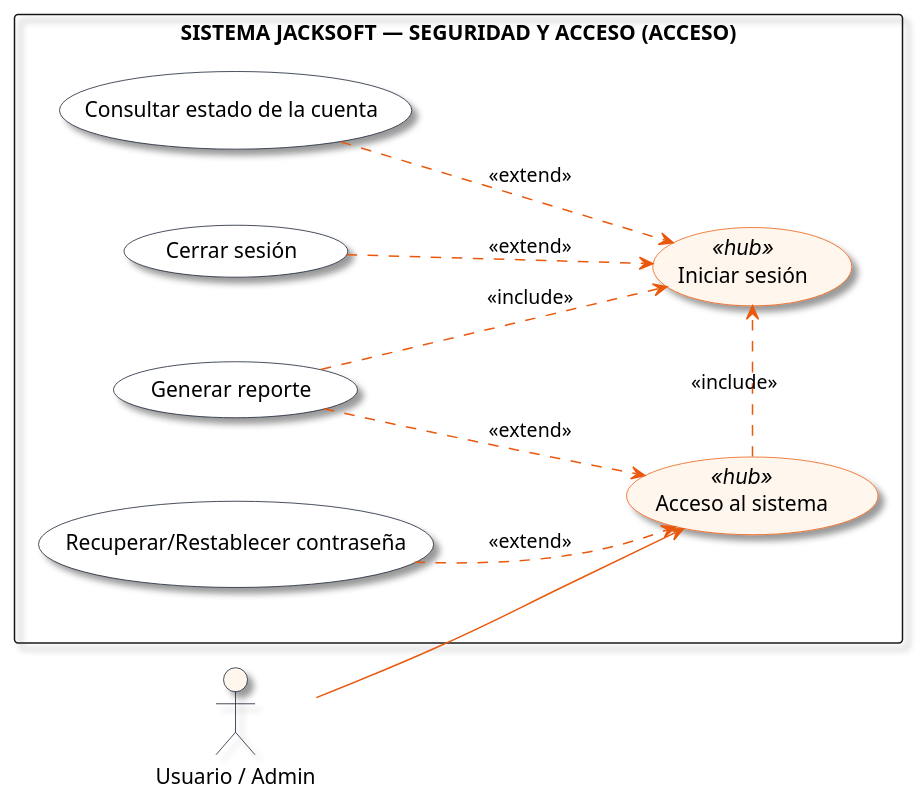
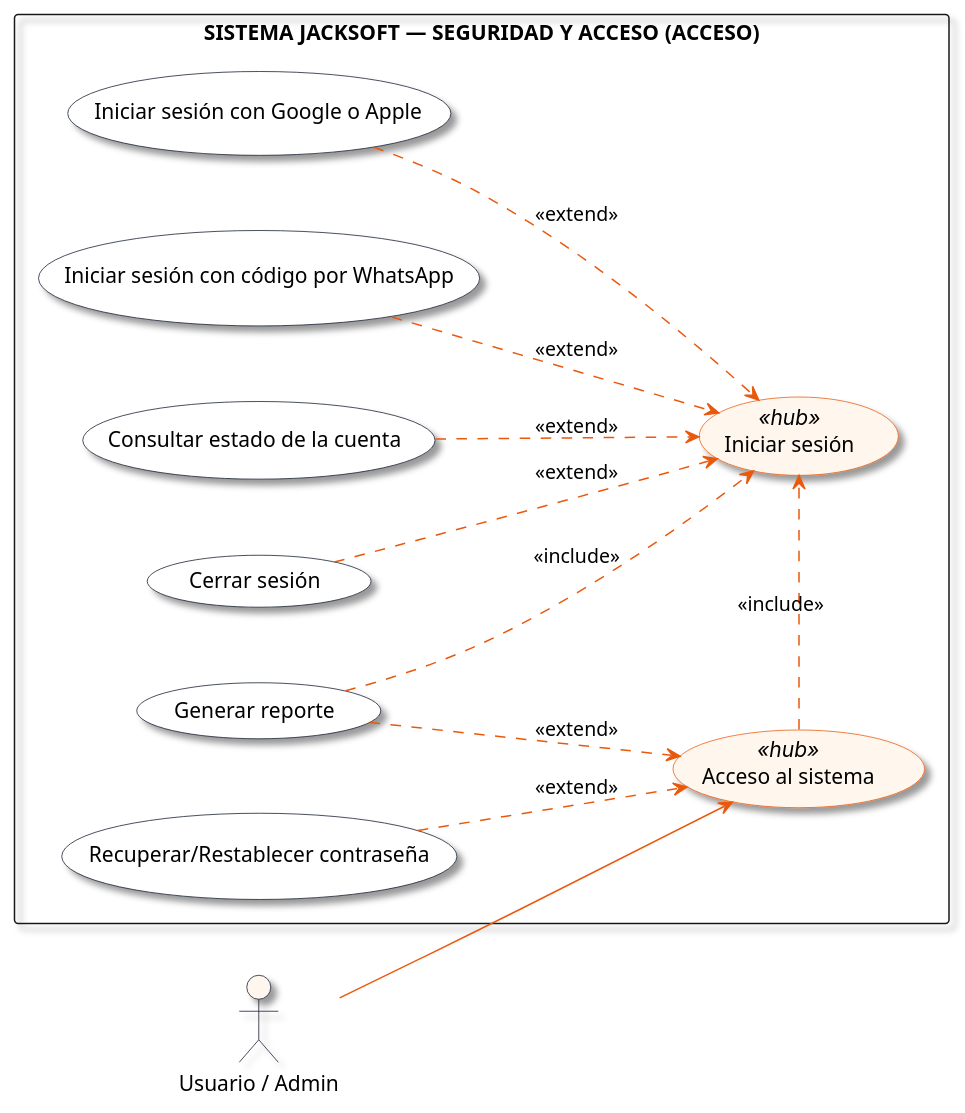
One commit to alejandrogomezmesa1/Documentacion_JackSoft changed the fourth of 5 diagrams in casos_de_uso_v3/01_configuracion_y_seguridad.md. Above: the diagram before and after it, drawn with PlantUML. The commit also changed other lines of this file and 60 other files, not shown here.

Commit message:
Modelo v4.7: sin casos de uso de eliminar; Acceso con Google, Apple y WhatsApp; C4 v6 y CU Word v6

````diff
--- a/casos_de_uso_v3/01_configuracion_y_seguridad.md
+++ b/casos_de_uso_v3/01_configuracion_y_seguridad.md
@@ -226,45 +222,49 @@
 ```plantuml
 @startuml
 left to right direction
 skinparam packageStyle rectangle
 skinparam nodesep 50
 skinparam ranksep 70
 skinparam shadowing true
 skinparam defaultFontName "Inter, Arial, sans-serif"
 
 skinparam actor {
   BorderColor #0f172a
   BackgroundColor #fff7ed
 }
 
 skinparam usecase {
   BackgroundColor #ffffff
   BorderColor #0f172a
   ArrowColor #ea580c
 }
 
 skinparam usecase<<hub>> {
   BackgroundColor #fff7ed
   BorderColor #ea580c
 }
 
 actor "Usuario / Admin" as actor_user
 
 rectangle "SISTEMA JACKSOFT — SEGURIDAD Y ACCESO (ACCESO)" {
   usecase "Acceso al sistema" as UC_Hub <<hub>>
   usecase "Iniciar sesión" as UC_Login <<hub>>
   usecase "Recuperar/Restablecer contraseña" as UC_Recup
   usecase "Consultar estado de la cuenta" as UC_Estado
   usecase "Cerrar sesión" as UC_Logout
   usecase "Generar reporte" as UC_Reporte
+  usecase "Iniciar sesión con Google o Apple" as UC_Social
+  usecase "Iniciar sesión con código por WhatsApp" as UC_Codigo
 }
 
 actor_user --> UC_Hub
 UC_Hub .> UC_Login : <<include>>
 UC_Recup ..> UC_Hub : <<extend>>
 UC_Estado ..> UC_Login : <<extend>>
 UC_Logout ..> UC_Login : <<extend>>
 UC_Reporte ..> UC_Hub : <<extend>>
 UC_Reporte .> UC_Login : <<include>>
+UC_Social ..> UC_Login : <<extend>>
+UC_Codigo ..> UC_Login : <<extend>>
 @enduml
 ```
````
